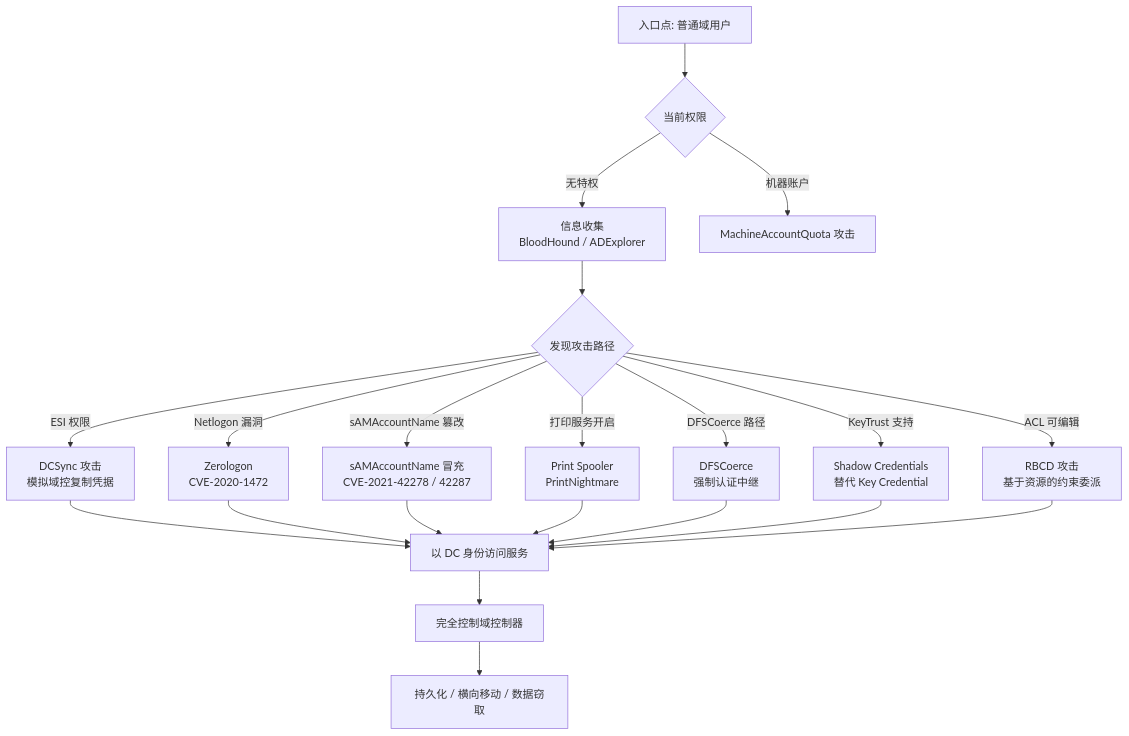
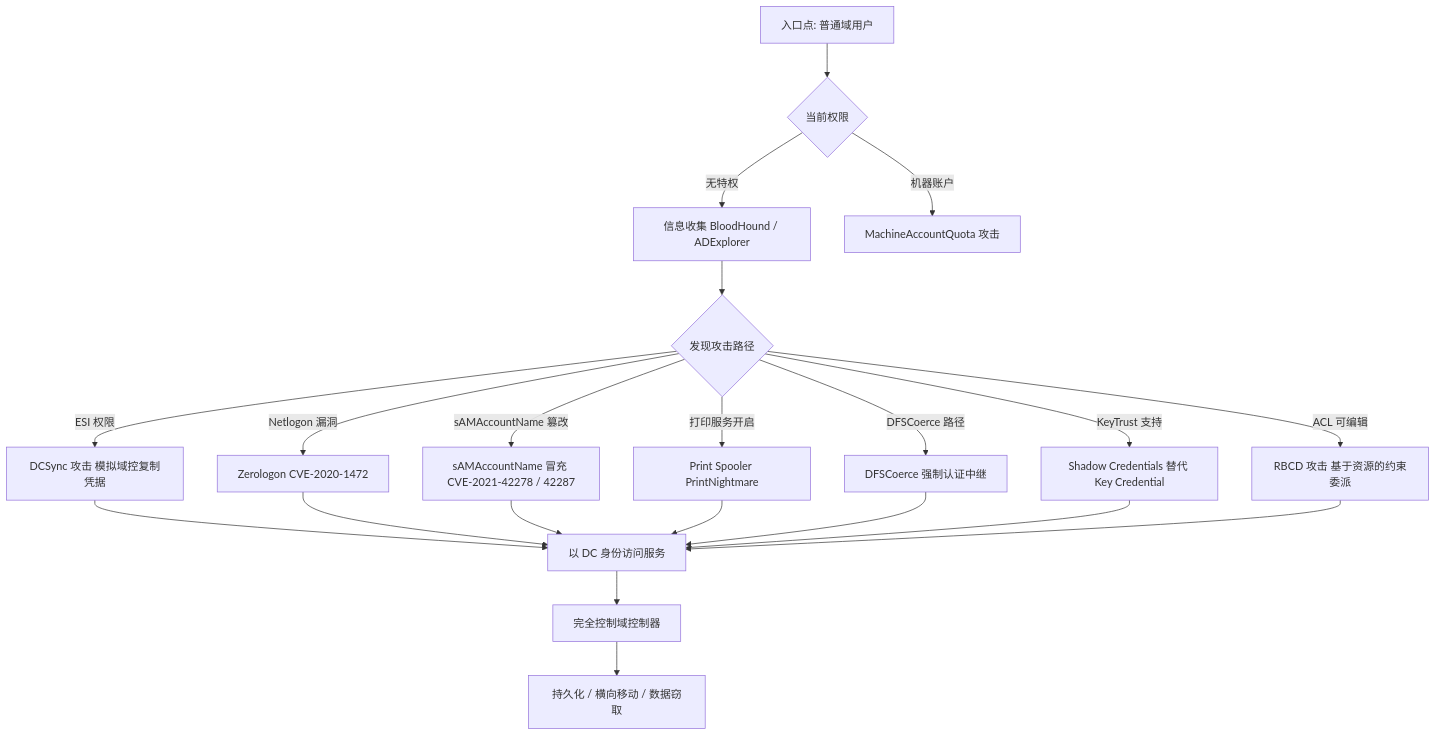
The diagram in source/_posts/Intranet-domain-controller.md (congliang/congliang.github.io), drawn with Mermaid before and after one commit. The commit also changed other lines of this file and 139 other files, not shown here.

````diff
--- a/source/_posts/Intranet-domain-controller.md
+++ b/source/_posts/Intranet-domain-controller.md
@@ -16,23 +17,23 @@
 ```mermaid
 flowchart TB
     A[入口点: 普通域用户] --> B{当前权限}
-    B -->|无特权| C[信息收集<br/>BloodHound / ADExplorer]
+    B -->|无特权| C[信息收集 BloodHound / ADExplorer]
     B -->|机器账户| D[MachineAccountQuota 攻击]
     C --> E{发现攻击路径}
-    E -->|ESI 权限| F[DCSync 攻击<br/>模拟域控复制凭据]
-    E -->|Netlogon 漏洞| G[Zerologon<br/>CVE-2020-1472]
-    E -->|sAMAccountName 篡改| H[sAMAccountName 冒充<br/>CVE-2021-42278 / 42287]
-    E -->|打印服务开启| I[Print Spooler<br/>PrintNightmare]
-    E -->|DFSCoerce 路径| J[DFSCoerce<br/>强制认证中继]
-    E -->|KeyTrust 支持| K[Shadow Credentials<br/>替代 Key Credential]
-    E -->|ACL 可编辑| L[RBCD 攻击<br/>基于资源的约束委派]
+    E -->|ESI 权限| F[DCSync 攻击 模拟域控复制凭据]
+    E -->|Netlogon 漏洞| G[Zerologon CVE-2020-1472]
+    E -->|sAMAccountName 篡改| H[sAMAccountName 冒充 CVE-2021-42278 / 42287]
+    E -->|打印服务开启| I[Print Spooler PrintNightmare]
+    E -->|DFSCoerce 路径| J[DFSCoerce 强制认证中继]
+    E -->|KeyTrust 支持| K[Shadow Credentials 替代 Key Credential]
+    E -->|ACL 可编辑| L[RBCD 攻击 基于资源的约束委派]
     F --> Z[获取 NTDS.dit 中全部凭据]
     G --> Z[重置 DC 机器账户密码为空]
     H --> Z[获取 DC 机器账户 TGT]
     I --> Z[SYSTEM 权限代码执行]
     J --> Z[强制 DC 认证并中继]
     K --> Z[获取 DC 机器账户 TGT]
     L --> Z[以 DC 身份访问服务]
     Z --> M[完全控制域控制器]
     M --> N[持久化 / 横向移动 / 数据窃取]
 ```
````
